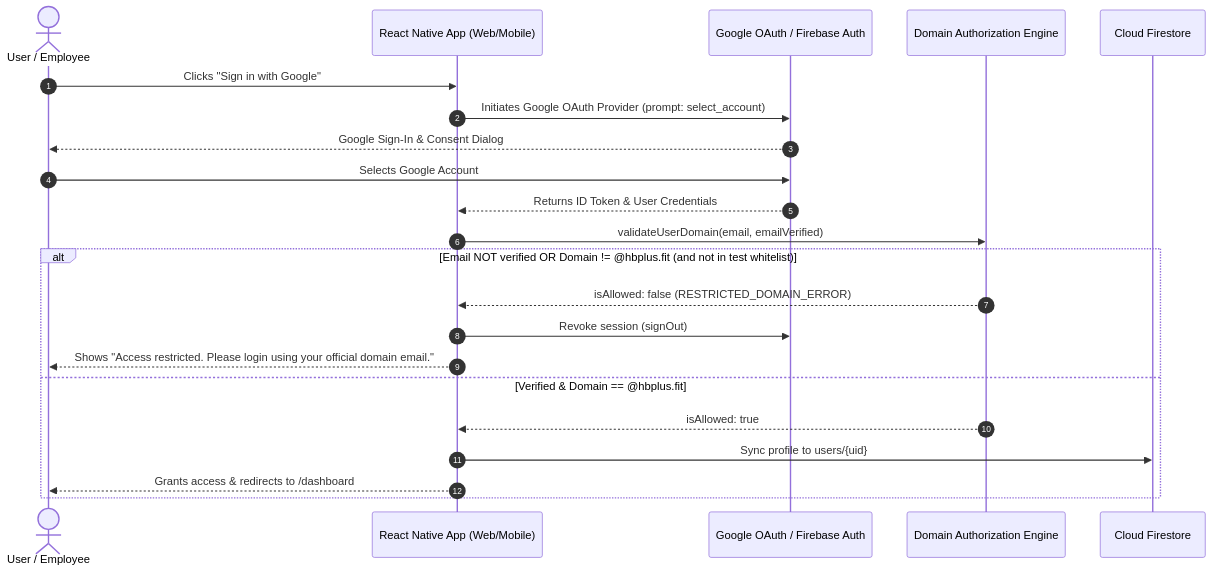
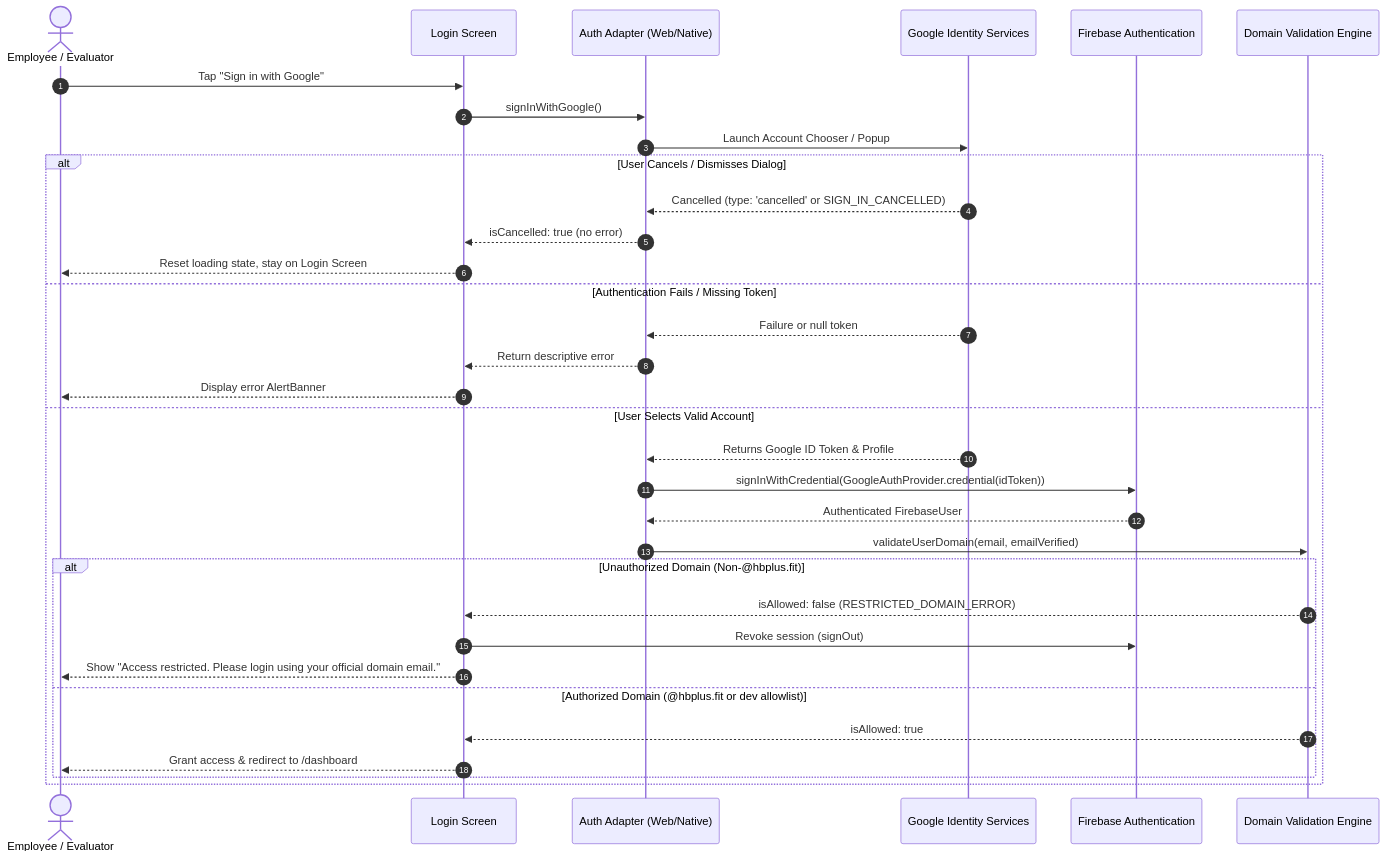
One commit to BASHISTHANAYAK/hbplus-auth-assessment changed the diagram in README.md. Above: the diagram before and after it, drawn with Mermaid. The commit also changed other lines of this file and 3 other files, not shown here.

````diff
--- a/README.md
+++ b/README.md
@@ -188,26 +94,38 @@
 ```mermaid
 sequenceDiagram
     autonumber
-    actor Employee as User / Employee
-    participant Client as React Native App (Web/Mobile)
-    participant Auth as Google OAuth / Firebase Auth
-    participant Guard as Domain Authorization Engine
-    participant DB as Cloud Firestore
+    actor User as Employee / Evaluator
+    participant UI as Login Screen
+    participant Adapter as Auth Adapter (Web/Native)
+    participant Google as Google Identity Services
+    participant Firebase as Firebase Authentication
+    participant Guard as Domain Validation Engine
 
-    Employee->>Client: Clicks "Sign in with Google"
-    Client->>Auth: Initiates Google OAuth Provider (prompt: select_account)
-    Auth-->>Employee: Google Sign-In & Consent Dialog
-    Employee->>Auth: Selects Google Account
-    Auth-->>Client: Returns ID Token & User Credentials
+    User->>UI: Tap "Sign in with Google"
+    UI->>Adapter: signInWithGoogle()
+    Adapter->>Google: Launch Account Chooser / Popup
     
-    Client->>Guard: validateUserDomain(email, emailVerified)
-    alt Email NOT verified OR Domain != @hbplus.fit (and not in test whitelist)
-        Guard-->>Client: isAllowed: false (RESTRICTED_DOMAIN_ERROR)
-        Client->>Auth: Revoke session (signOut)
-        Client-->>Employee: Shows "Access restricted. Please login using your official domain email."
-    else Verified & Domain == @hbplus.fit
-        Guard-->>Client: isAllowed: true
-        Client->>DB: Sync profile to users/{uid}
-        Client-->>Employee: Grants access & redirects to /dashboard
+    alt User Cancels / Dismisses Dialog
+        Google-->>Adapter: Cancelled (type: 'cancelled' or SIGN_IN_CANCELLED)
+        Adapter-->>UI: isCancelled: true (no error)
+        UI-->>User: Reset loading state, stay on Login Screen
+    else Authentication Fails / Missing Token
+        Google-->>Adapter: Failure or null token
+        Adapter-->>UI: Return descriptive error
+        UI-->>User: Display error AlertBanner
+    else User Selects Valid Account
+        Google-->>Adapter: Returns Google ID Token & Profile
+        Adapter->>Firebase: signInWithCredential(GoogleAuthProvider.credential(idToken))
+        Firebase-->>Adapter: Authenticated FirebaseUser
+        Adapter->>Guard: validateUserDomain(email, emailVerified)
+        
+        alt Unauthorized Domain (Non-@hbplus.fit)
+            Guard-->>UI: isAllowed: false (RESTRICTED_DOMAIN_ERROR)
+            UI->>Firebase: Revoke session (signOut)
+            UI-->>User: Show "Access restricted. Please login using your official domain email."
+        else Authorized Domain (@hbplus.fit or dev allowlist)
+            Guard-->>UI: isAllowed: true
+            UI-->>User: Grant access & redirect to /dashboard
+        end
     end
 ```
````
